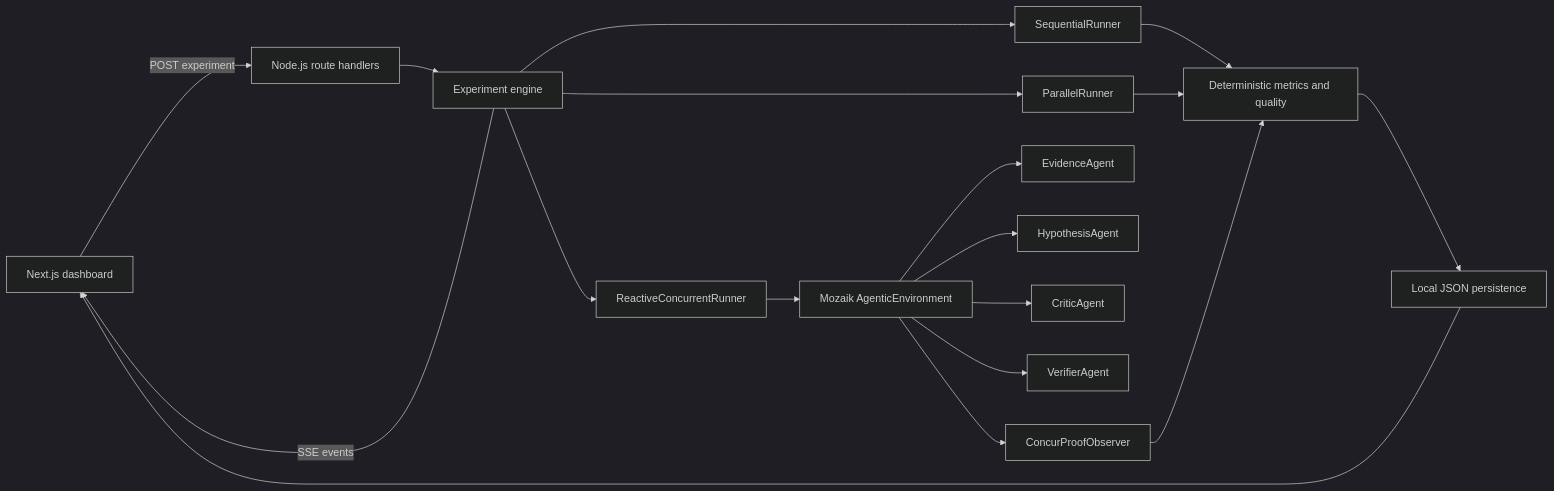
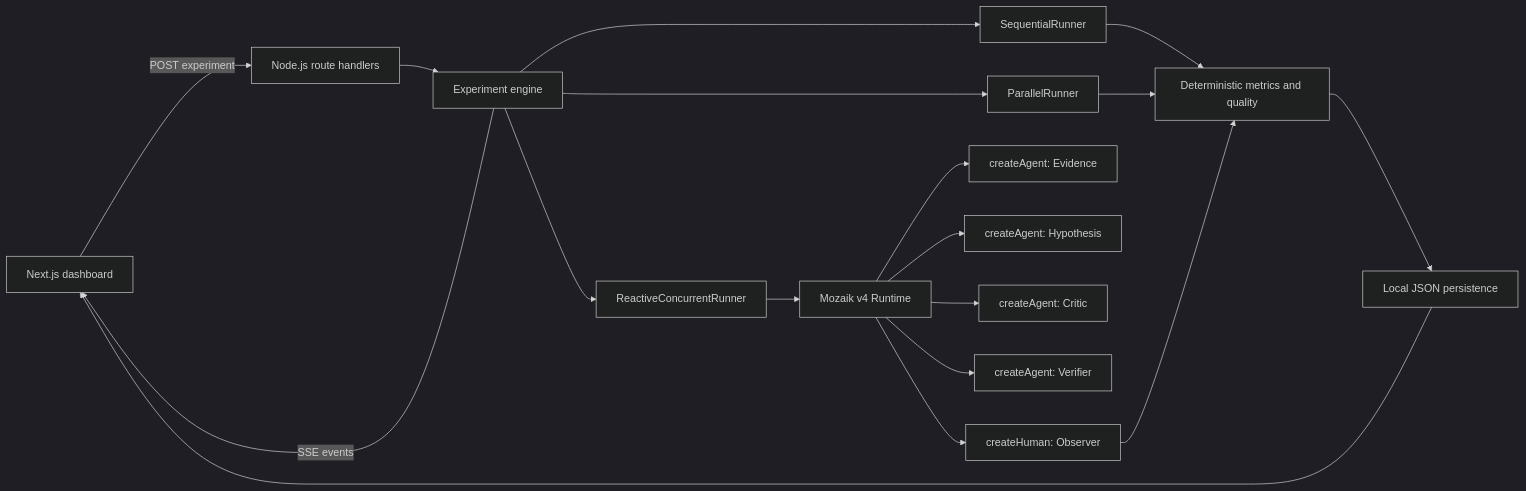
Before and after one commit to webski101/ConcurProof: the diagram in README.md, drawn with Mermaid (dark theme). The commit also changed other lines of this file and 16 other files, not shown here.

Commit message:
migrate ConcurProof to Mozaik v4

````diff
--- a/README.md
+++ b/README.md
@@ -44,20 +46,20 @@
 ```mermaid
 flowchart LR
     UI[Next.js dashboard] -->|POST experiment| API[Node.js route handlers]
     API --> Engine[Experiment engine]
     Engine --> SQ[SequentialRunner]
     Engine --> NP[ParallelRunner]
     Engine --> RC[ReactiveConcurrentRunner]
-    RC --> ENV[Mozaik AgenticEnvironment]
-    ENV --> E[EvidenceAgent]
-    ENV --> H[HypothesisAgent]
-    ENV --> C[CriticAgent]
-    ENV --> V[VerifierAgent]
-    ENV --> O[ConcurProofObserver]
+    RC --> ENV[Mozaik v4 Runtime]
+    ENV --> E[createAgent: Evidence]
+    ENV --> H[createAgent: Hypothesis]
+    ENV --> C[createAgent: Critic]
+    ENV --> V[createAgent: Verifier]
+    ENV --> O[createHuman: Observer]
     SQ --> Score[Deterministic metrics and quality]
     NP --> Score
     O --> Score
     Engine -->|SSE events| UI
     Score --> Store[Local JSON persistence]
     Store --> UI
 ```
````
